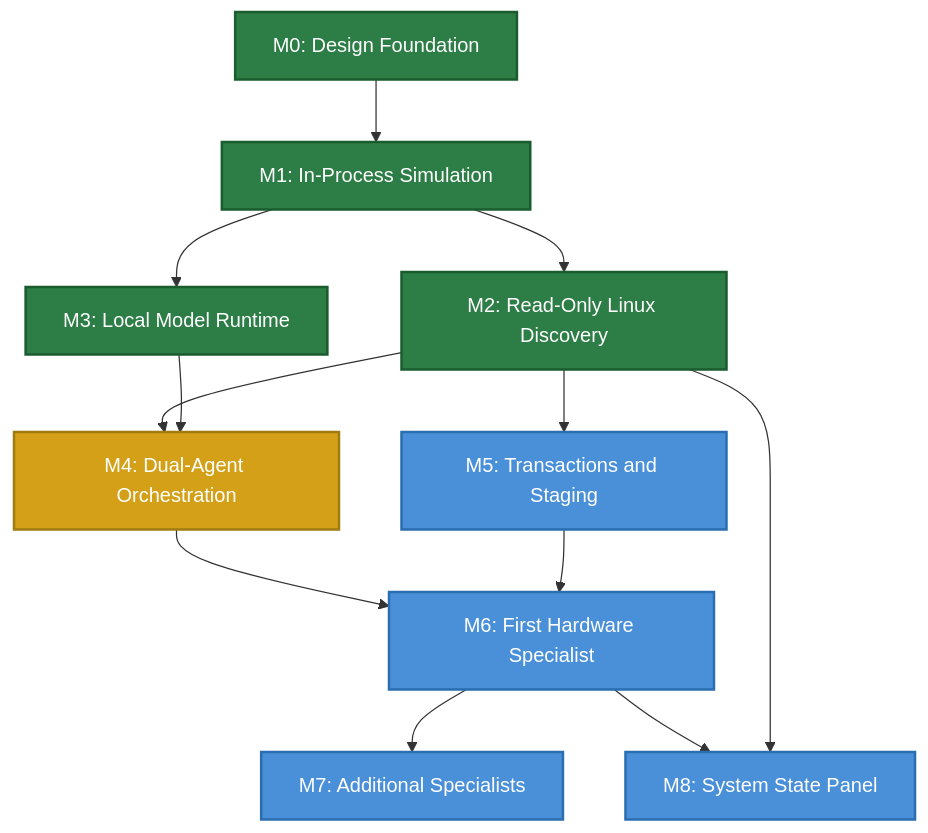
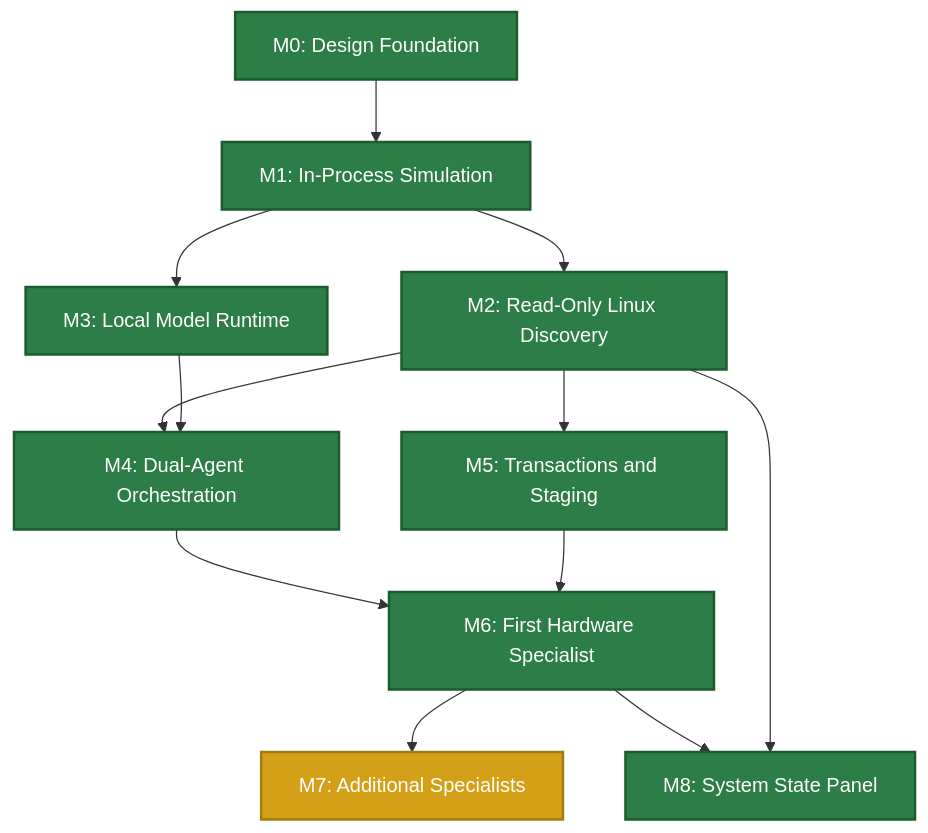
One commit to cse-creative-systems-engineering/aios changed the diagram in docs/implementation-roadmap.md. Above: the diagram before and after it, drawn with Mermaid. The commit also changed other lines of this file and 8 other files, not shown here.

````diff
--- a/docs/implementation-roadmap.md
+++ b/docs/implementation-roadmap.md
@@ -30,22 +32,21 @@
 ```mermaid
 graph TD
     M0[M0: Design Foundation] --> M1[M1: In-Process Simulation]
     M1 --> M2[M2: Read-Only Linux Discovery]
     M1 --> M3[M3: Local Model Runtime]
     M2 --> M4[M4: Dual-Agent Orchestration]
     M3 --> M4
     M2 --> M5[M5: Transactions and Staging]
     M4 --> M6[M6: First Hardware Specialist]
     M5 --> M6
     M6 --> M7[M7: Additional Specialists]
     M6 --> M8[M8: System State Panel]
     M2 --> M8
 
     classDef done fill:#2d7d46,color:#fff,stroke:#1a5c2e,stroke-width:2px
     classDef current fill:#d4a017,color:#fff,stroke:#a07c10,stroke-width:2px
     classDef planned fill:#4a90d9,color:#fff,stroke:#2a6db0,stroke-width:2px
 
-    class M0,M1,M2,M3 done
-    class M4 current
-    class M5,M6,M7,M8 planned
+    class M0,M1,M2,M3,M4,M5,M6,M8 done
+    class M7 current
 ```
````
